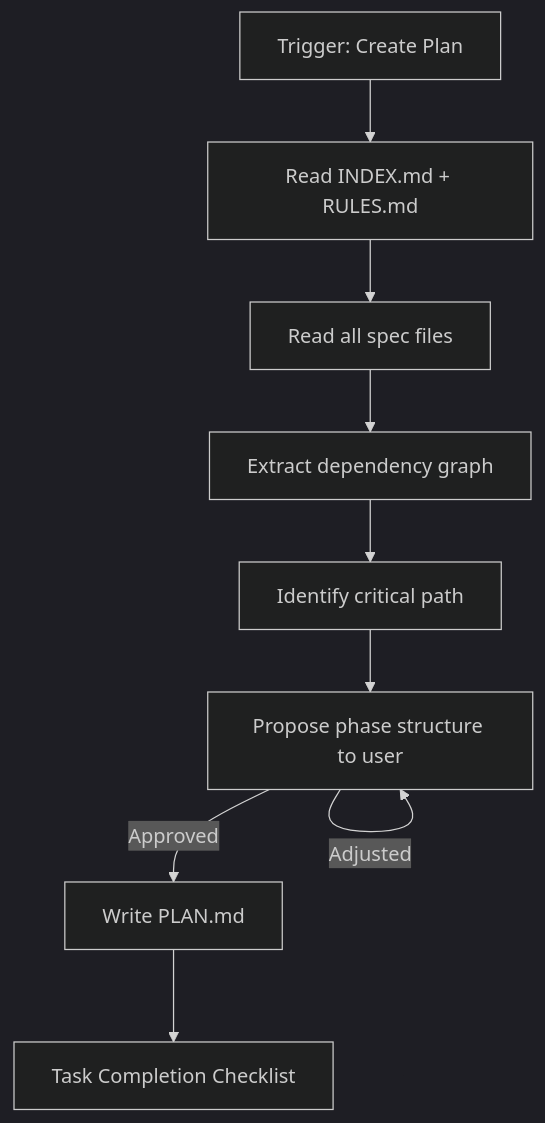
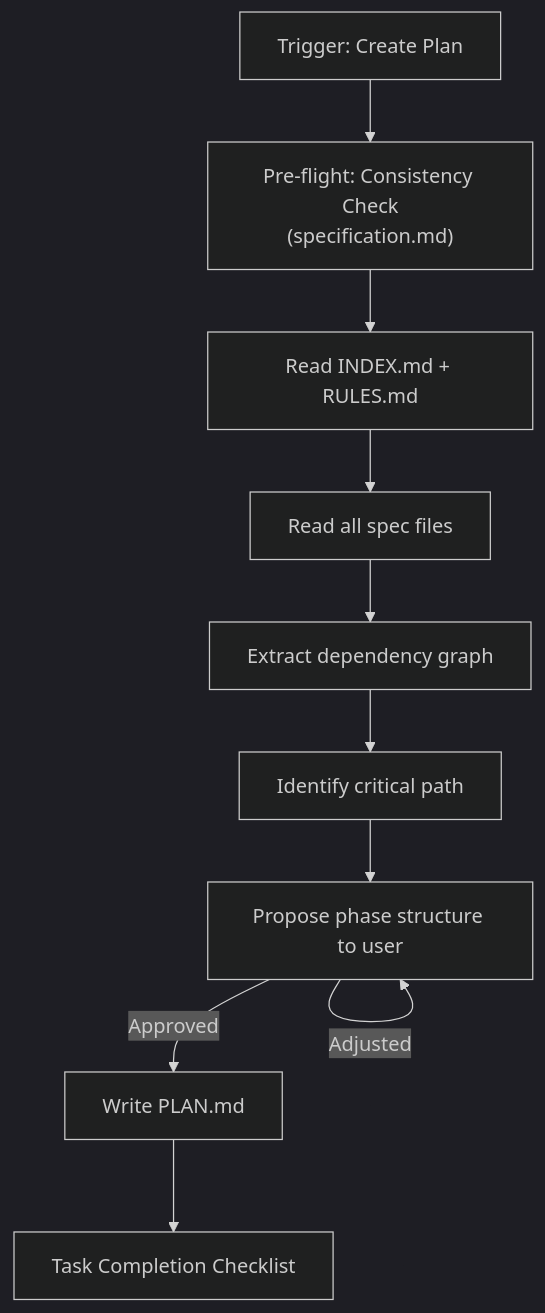
The first of 2 diagrams in .magic/plan.md (teratron/magic-spec), drawn with Mermaid (dark theme) before and after one commit. The commit also changed other lines of this file and 3 other files, not shown here.

````diff
--- a/.magic/plan.md
+++ b/.magic/plan.md
@@ -47,11 +47,12 @@
 ```mermaid
 graph TD
-    A[Trigger: Create Plan] --> B[Read INDEX.md + RULES.md]
+    A[Trigger: Create Plan] --> Z["Pre-flight: Consistency Check\n(specification.md)"]
+    Z --> B[Read INDEX.md + RULES.md]
     B --> C[Read all spec files]
     C --> D[Extract dependency graph]
     D --> E[Identify critical path]
     E --> F[Propose phase structure to user]
     F -->|Approved| G[Write PLAN.md]
     F -->|Adjusted| F
     G --> H[Task Completion Checklist]
 ```
````
